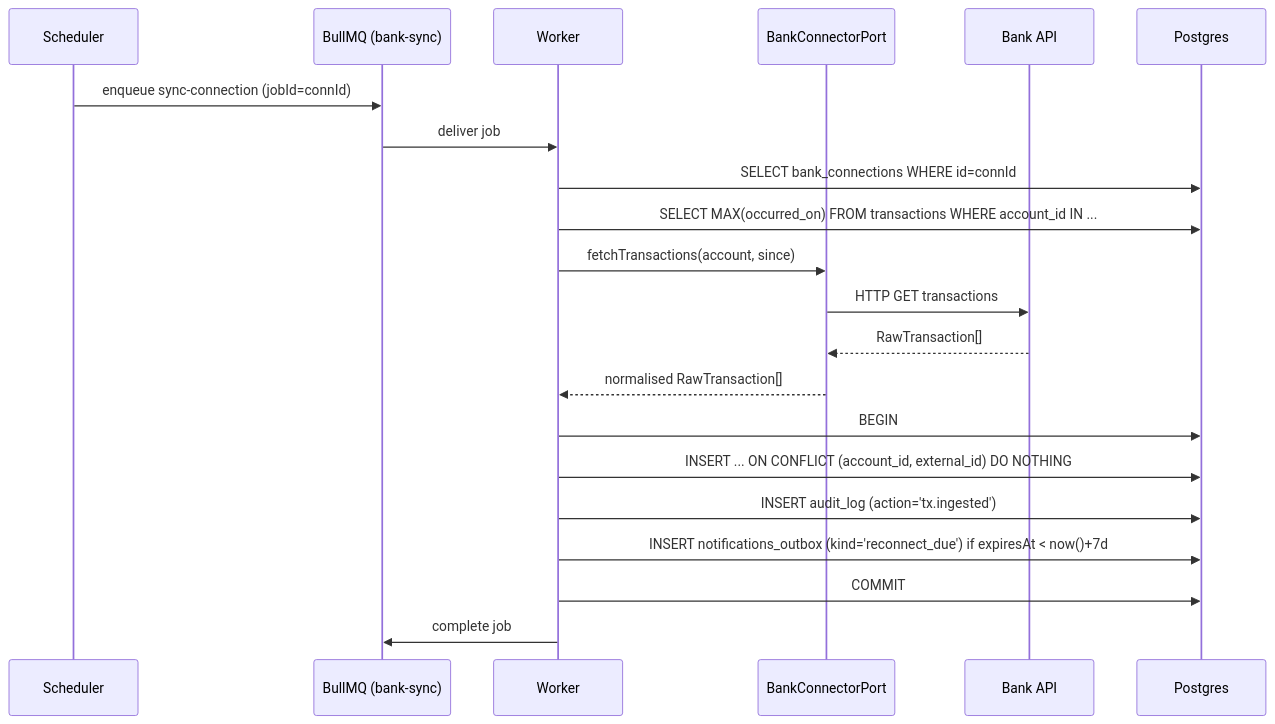
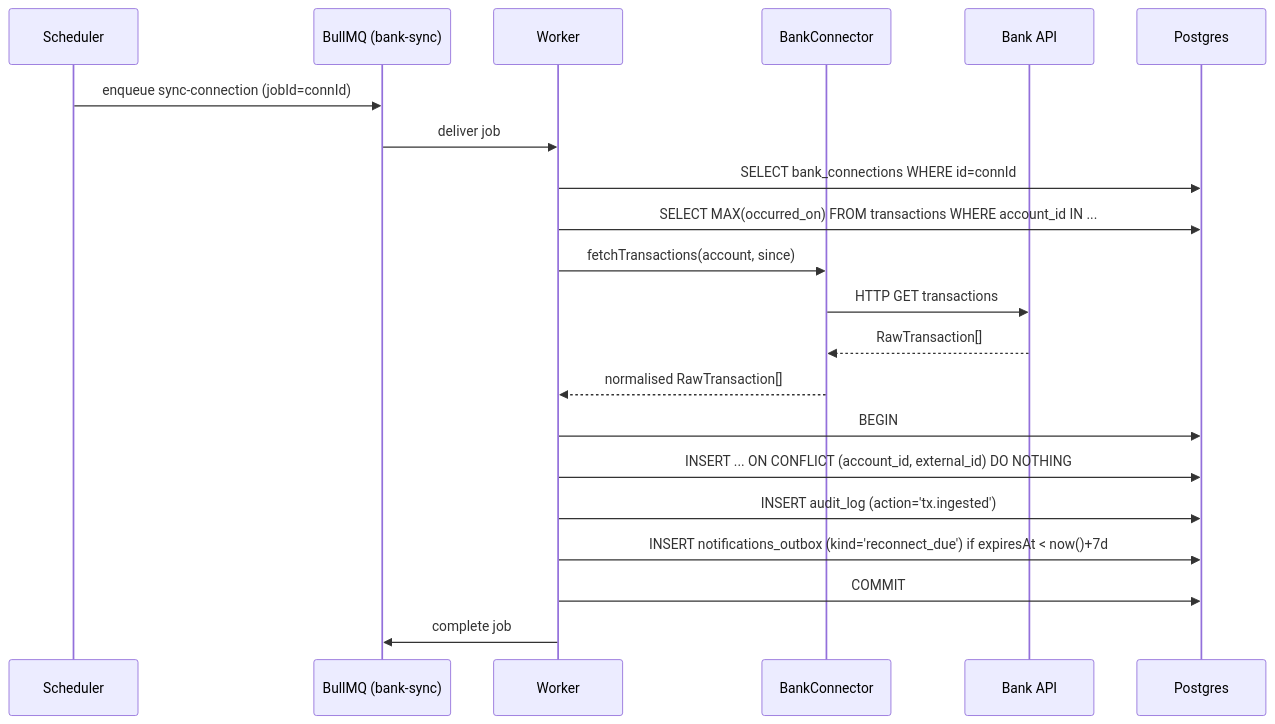
Before and after one commit to dcervonyj/power-budget: the second of 2 diagrams in docs/mvp/ARCHITECTURE.md, drawn with Mermaid. The commit also changed other lines of this file and 13 other files, not shown here.

First line of the commit message:
refactor: rename ports to match clean-architecture-reactive code style

````diff
--- a/docs/mvp/ARCHITECTURE.md
+++ b/docs/mvp/ARCHITECTURE.md
@@ -1340,24 +1290,24 @@
 ```mermaid
 sequenceDiagram
     participant Sched as Scheduler
     participant Q as BullMQ (bank-sync)
     participant Worker
-    participant Conn as BankConnectorPort
+    participant Conn as BankConnector
     participant Ext as Bank API
     participant DB as Postgres
 
     Sched->>Q: enqueue sync-connection (jobId=connId)
     Q->>Worker: deliver job
     Worker->>DB: SELECT bank_connections WHERE id=connId
     Worker->>DB: SELECT MAX(occurred_on) FROM transactions WHERE account_id IN ...
     Worker->>Conn: fetchTransactions(account, since)
     Conn->>Ext: HTTP GET transactions
     Ext-->>Conn: RawTransaction[]
     Conn-->>Worker: normalised RawTransaction[]
     Worker->>DB: BEGIN
     Worker->>DB: INSERT ... ON CONFLICT (account_id, external_id) DO NOTHING
     Worker->>DB: INSERT audit_log (action='tx.ingested')
     Worker->>DB: INSERT notifications_outbox (kind='reconnect_due') if expiresAt < now()+7d
     Worker->>DB: COMMIT
     Worker->>Q: complete job
 ```
````
